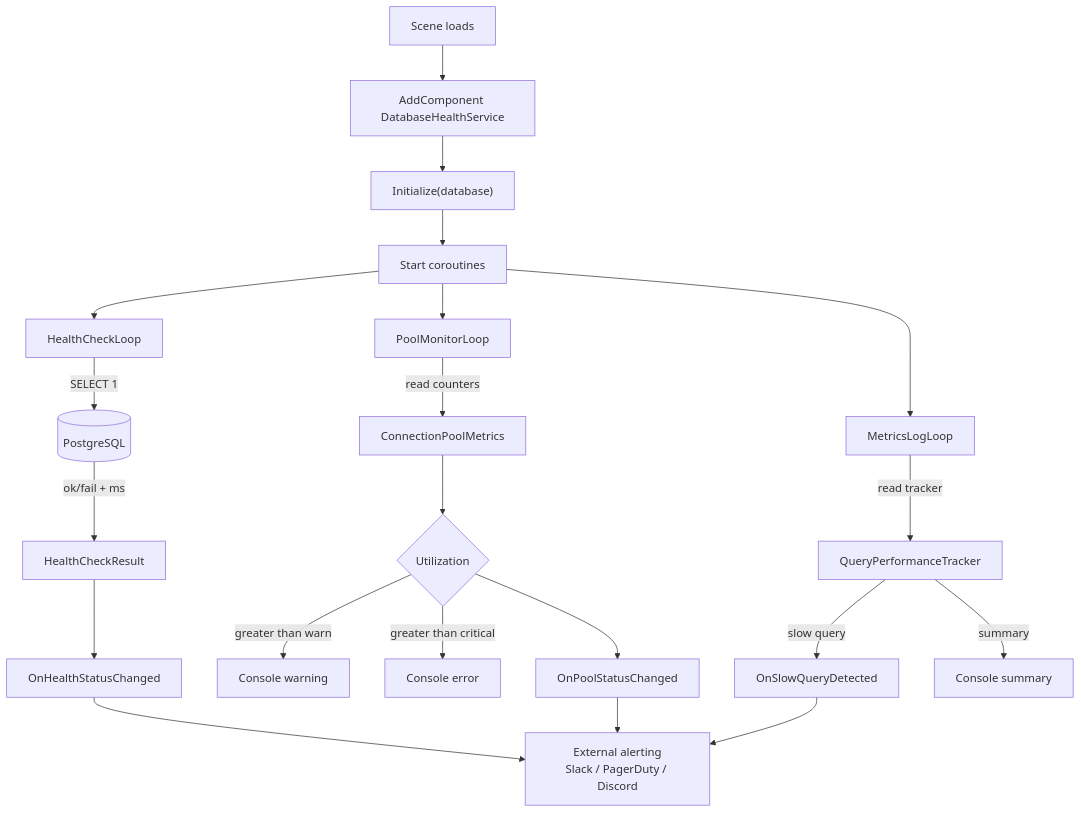
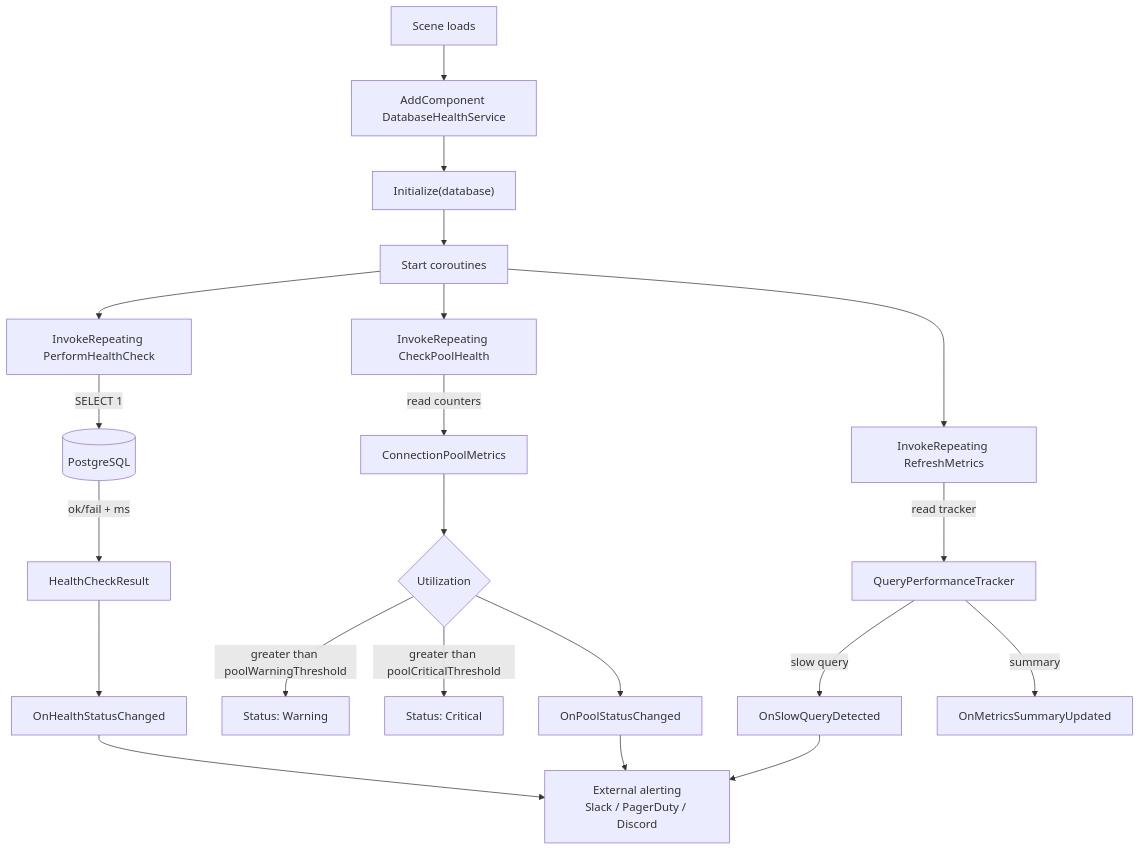
One commit to jimdroberts/FishMMO changed the diagram in FishMMO-Database/FishMMO-DB/Unity/README.md. Above: the diagram before and after it, drawn with Mermaid. The commit also changed other lines of this file and 62 other files, not shown here.

````diff
--- a/FishMMO-Database/FishMMO-DB/Unity/README.md
+++ b/FishMMO-Database/FishMMO-DB/Unity/README.md
@@ -336,27 +357,27 @@
 ```mermaid
 flowchart TD
     Start[Scene loads] --> Add[AddComponent DatabaseHealthService]
     Add --> Init["Initialize(database)"]
     Init --> Start3[Start coroutines]
-    Start3 --> Health[HealthCheckLoop]
-    Start3 --> Pool[PoolMonitorLoop]
-    Start3 --> Metrics[MetricsLogLoop]
+    Start3 --> Health["InvokeRepeating PerformHealthCheck"]
+    Start3 --> Pool["InvokeRepeating CheckPoolHealth"]
+    Start3 --> Metrics["InvokeRepeating RefreshMetrics"]
 
     Health -->|SELECT 1| DB[(PostgreSQL)]
     DB -->|ok/fail + ms| Result[HealthCheckResult]
     Result --> Evt1[OnHealthStatusChanged]
 
     Pool -->|read counters| CPM[ConnectionPoolMetrics]
     CPM --> Util{Utilization}
-    Util -->|"greater than warn"| Warn[Console warning]
-    Util -->|"greater than critical"| Crit[Console error]
+    Util -->|"greater than poolWarningThreshold"| Warn[Status: Warning]
+    Util -->|"greater than poolCriticalThreshold"| Crit[Status: Critical]
     Util --> Evt2[OnPoolStatusChanged]
 
     Metrics -->|read tracker| QPT[QueryPerformanceTracker]
     QPT -->|slow query| Evt3[OnSlowQueryDetected]
-    QPT -->|summary| Log[Console summary]
+    QPT -->|summary| Sum[OnMetricsSummaryUpdated]
 
     Evt1 --> Ext[External alerting<br/>Slack / PagerDuty / Discord]
     Evt2 --> Ext
     Evt3 --> Ext
 ```
````
